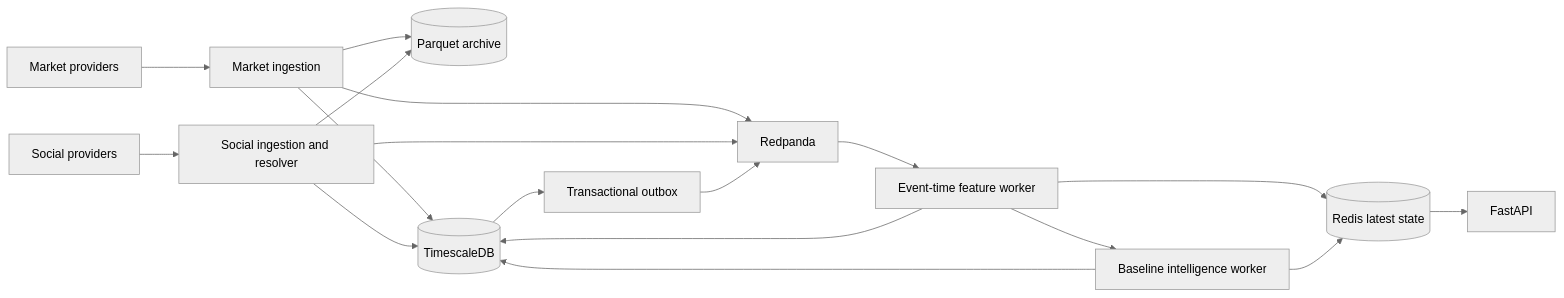
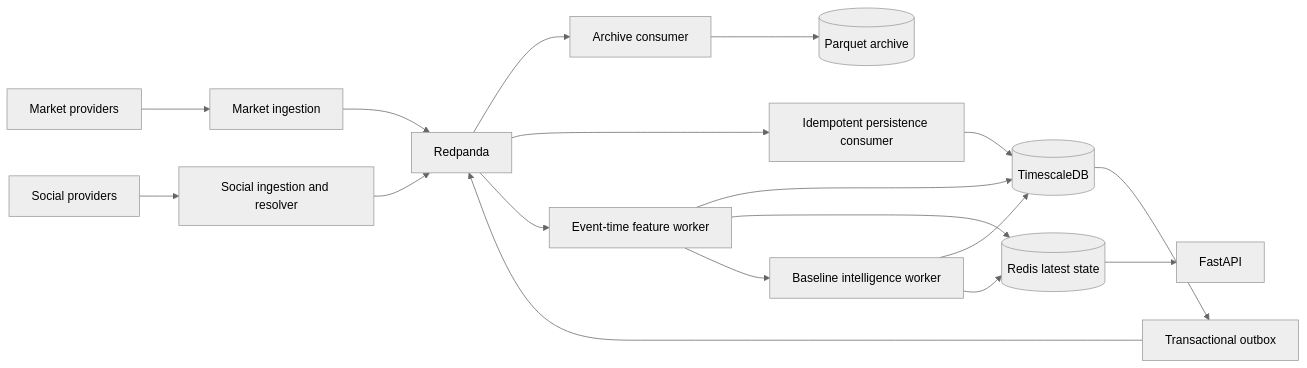
Before and after one commit to Harish-0412/Scam2Marke: the diagram in docs/implementation/phases-2-5.md, drawn with Mermaid (neutral theme). The commit also changed other lines of this file and 45 other files, not shown here.

````diff
--- a/docs/implementation/phases-2-5.md
+++ b/docs/implementation/phases-2-5.md
@@ -5,20 +5,20 @@
 ```mermaid
 flowchart LR
     MP[Market providers] --> MI[Market ingestion]
     SP[Social providers] --> SI[Social ingestion and resolver]
-    MI --> PA[(Parquet archive)]
-    SI --> PA
-    MI --> TS[(TimescaleDB)]
-    SI --> TS
     MI --> RP[Redpanda]
     SI --> RP
+    RP --> AW[Archive consumer]
+    AW --> PA[(Parquet archive)]
+    RP --> PW[Idempotent persistence consumer]
+    PW --> TS[(TimescaleDB)]
     RP --> FW[Event-time feature worker]
     FW --> TS
     FW --> RS[(Redis latest state)]
     FW --> IW[Baseline intelligence worker]
     IW --> TS
     IW --> RS
     RS --> API[FastAPI]
     TS --> OB[Transactional outbox]
     OB --> RP
 ```
````
